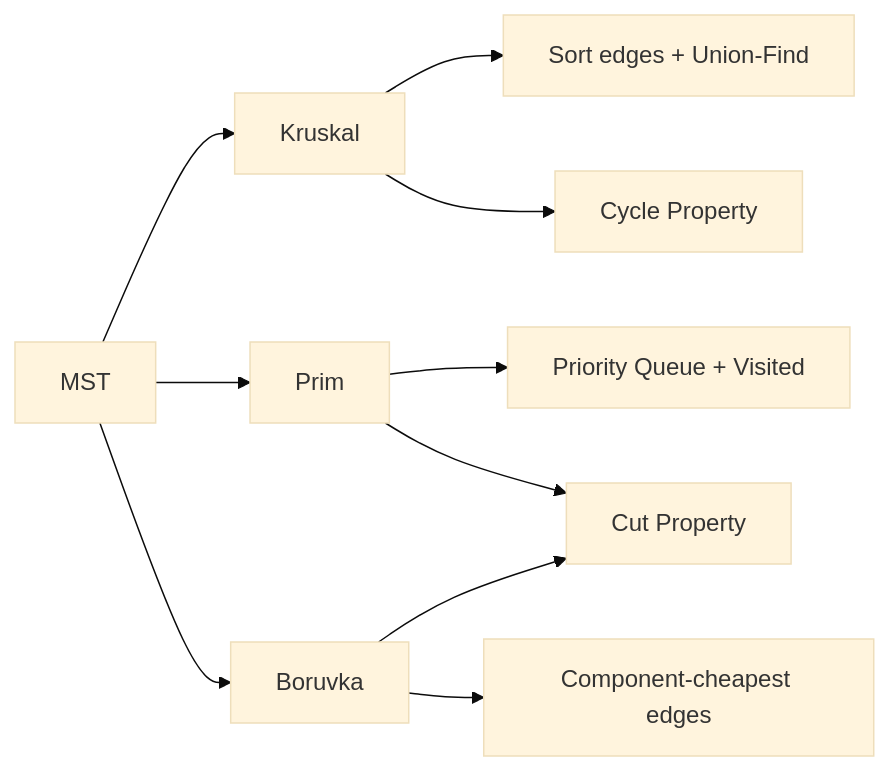
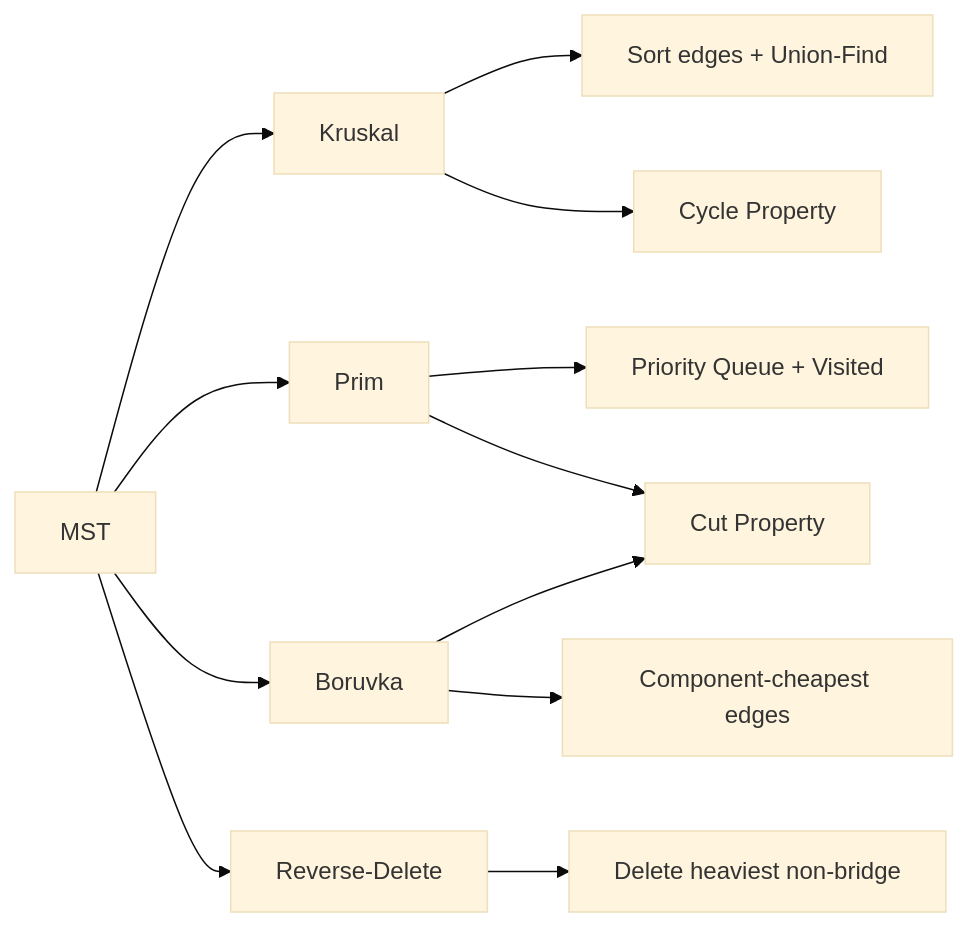
The diagram in docs/courses/algorithms/12-graph-mst.md (Raushan666java/ai-engineering-journey), drawn with Mermaid (base theme) before and after one commit. The commit also changed other lines of this file and 17 other files, not shown here.

````diff
--- a/docs/courses/algorithms/12-graph-mst.md
+++ b/docs/courses/algorithms/12-graph-mst.md
@@ -29,12 +38,14 @@
 ```mermaid
 flowchart LR
     A[MST] --> B[Kruskal]
     A --> C[Prim]
     A --> D[Boruvka]
-    B --> E[Sort edges + Union-Find]
-    C --> F[Priority Queue + Visited]
-    D --> G[Component-cheapest edges]
-    B --> H[Cycle Property]
-    C --> I[Cut Property]
-    D --> I
+    A --> E[Reverse-Delete]
+    B --> F[Sort edges + Union-Find]
+    C --> G[Priority Queue + Visited]
+    D --> H[Component-cheapest edges]
+    E --> I[Delete heaviest non-bridge]
+    B --> J[Cycle Property]
+    C --> K[Cut Property]
+    D --> K
 ```
````
